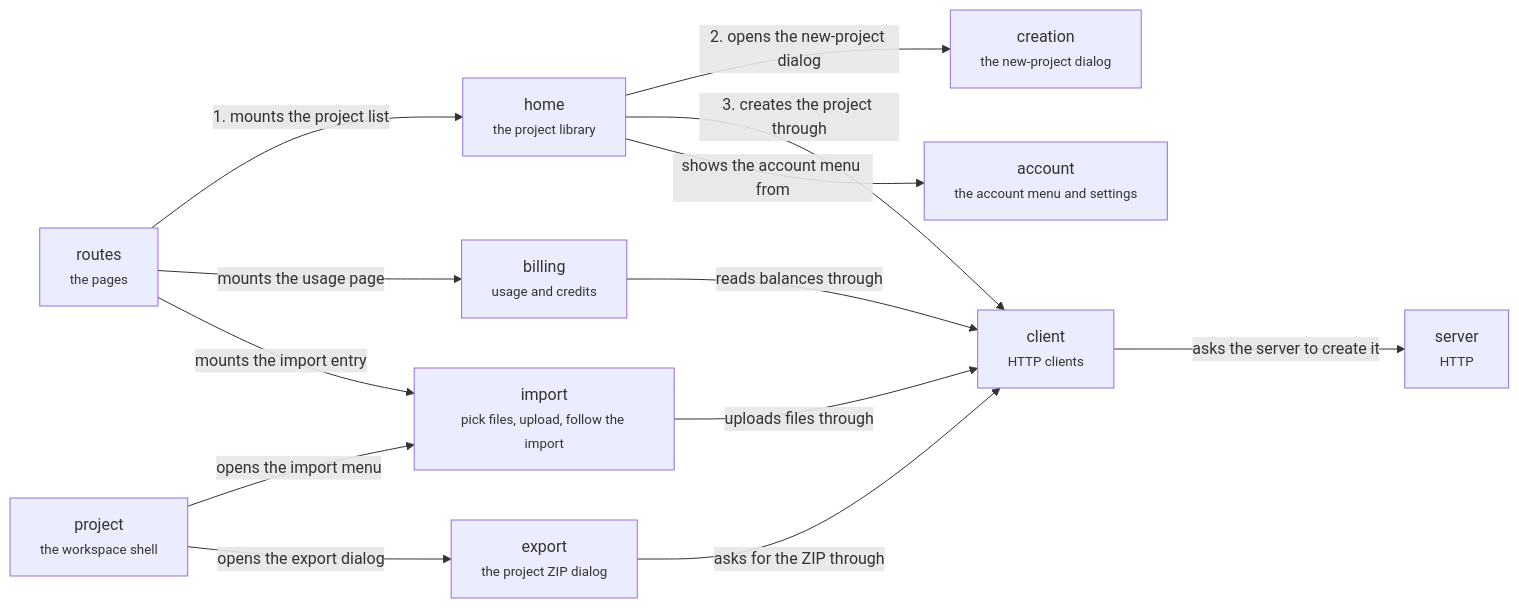
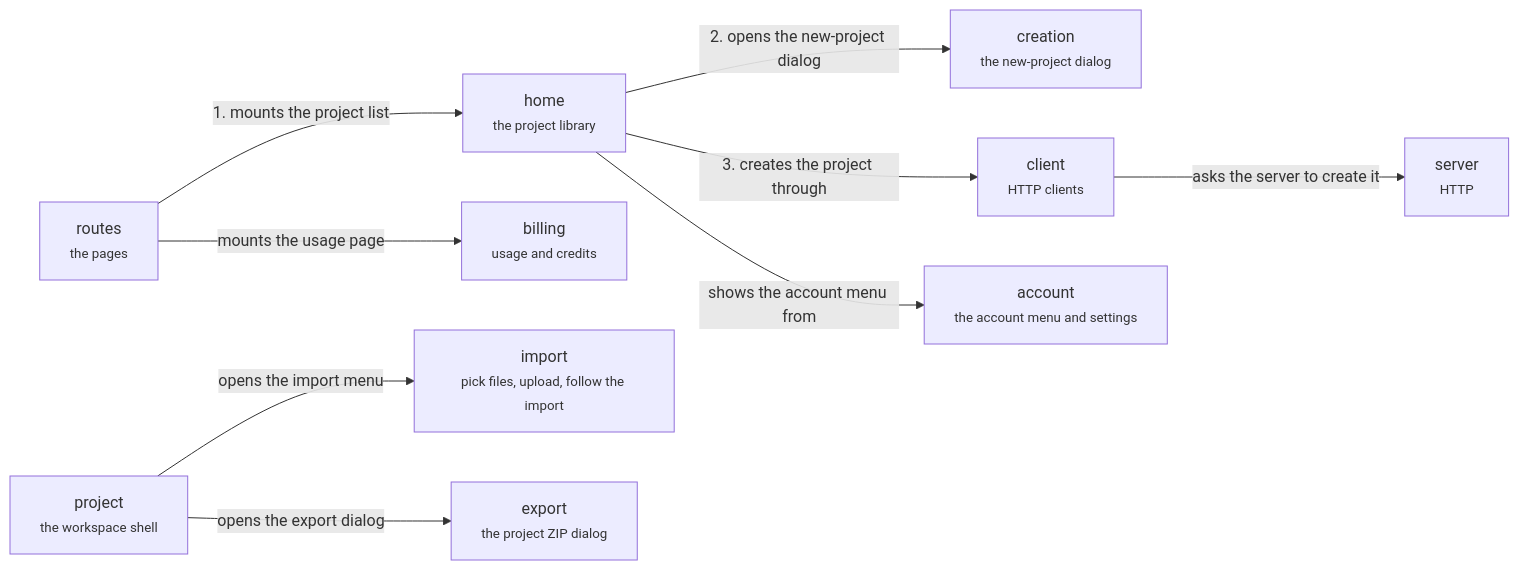
One commit to haowjy/meridian-flow changed the diagram in .context/system-architecture/app-library.md. Above: the diagram before and after it, drawn with Mermaid. The commit also changed 13 other files, not shown here.

````diff
--- a/.context/system-architecture/app-library.md
+++ b/.context/system-architecture/app-library.md
@@ -5,25 +5,21 @@
 ```mermaid
 flowchart LR
   home["home<br/><small>the project library</small>"]:::feature
   creation["creation<br/><small>the new-project dialog</small>"]:::feature
   import["import<br/><small>pick files, upload, follow the import</small>"]:::feature
   export["export<br/><small>the project ZIP dialog</small>"]:::feature
   account["account<br/><small>the account menu and settings</small>"]:::feature
   billing["billing<br/><small>usage and credits</small>"]:::feature
   routes["routes<br/><small>the pages</small>"]:::context
   project["project<br/><small>the workspace shell</small>"]:::context
   client["client<br/><small>HTTP clients</small>"]:::context
   server["server<br/><small>HTTP</small>"]:::context
   routes -->|"1. mounts the project list"| home
   home -->|"2. opens the new-project dialog"| creation
   home -->|"3. creates the project through"| client
   client -->|"asks the server to create it"| server
-  routes -->|"mounts the usage page"| billing
-  routes -->|"mounts the import entry"| import
-  home -->|"shows the account menu from"| account
   project -->|"opens the import menu"| import
   project -->|"opens the export dialog"| export
-  import -->|"uploads files through"| client
-  export -->|"asks for the ZIP through"| client
-  billing -->|"reads balances through"| client
+  home -->|"shows the account menu from"| account
+  routes -->|"mounts the usage page"| billing
 ```
````
